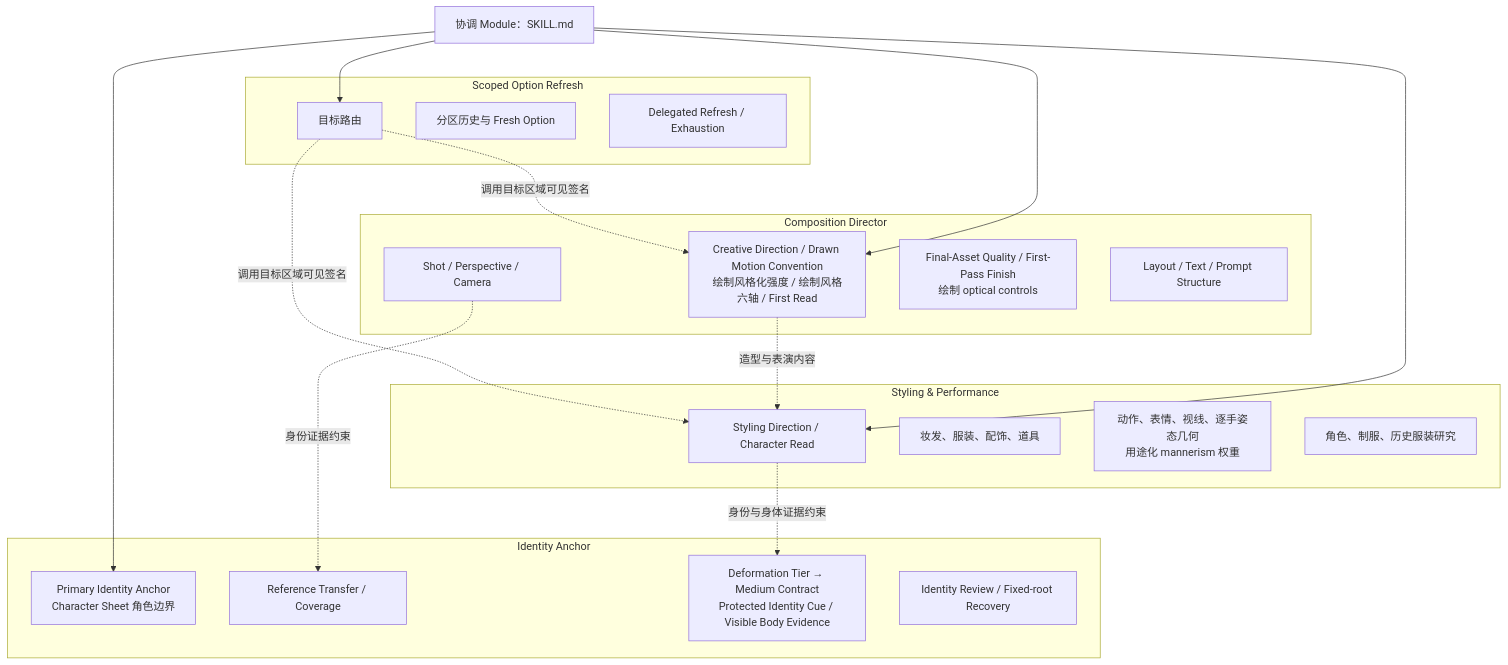
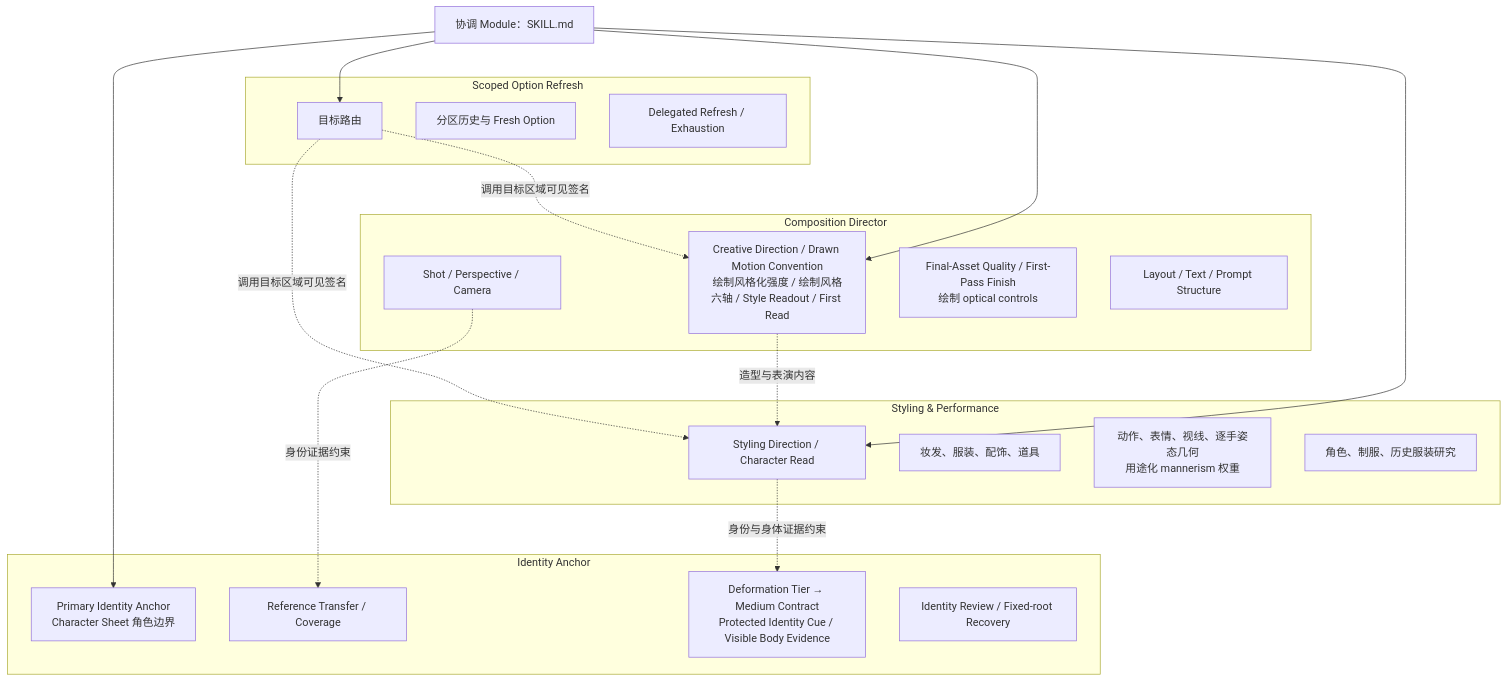
Before and after one commit to cyaoc/cast-me: the second of 13 diagrams in docs/architecture.md, drawn with Mermaid. The commit also changed other lines of this file and 3 other files, not shown here.

````diff
--- a/docs/architecture.md
+++ b/docs/architecture.md
@@ -64,41 +64,41 @@
 ```mermaid
 flowchart TB
     K["协调 Module：SKILL.md"]
 
     subgraph ID["Identity Anchor"]
         I1["Primary Identity Anchor<br/>Character Sheet 角色边界"]
         I2["Reference Transfer / Coverage"]
         I3["Deformation Tier → Medium Contract<br/>Protected Identity Cue / Visible Body Evidence"]
         I4["Identity Review / Fixed-root Recovery"]
     end
 
     subgraph COMP["Composition Director"]
-        C1["Creative Direction / Drawn Motion Convention<br/>绘制风格化强度 / 绘制风格六轴 / First Read"]
+        C1["Creative Direction / Drawn Motion Convention<br/>绘制风格化强度 / 绘制风格六轴 / Style Readout / First Read"]
         C2["Shot / Perspective / Camera"]
         C3["Final-Asset Quality / First-Pass Finish<br/>绘制 optical controls"]
         C4["Layout / Text / Prompt Structure"]
     end
 
     subgraph STYLE["Styling & Performance"]
         S1["Styling Direction / Character Read"]
         S2["妆发、服装、配饰、道具"]
         S3["动作、表情、视线、逐手姿态几何<br/>用途化 mannerism 权重"]
         S4["角色、制服、历史服装研究"]
     end
 
     subgraph REFRESH["Scoped Option Refresh"]
         R1["目标路由"]
         R2["分区历史与 Fresh Option"]
         R3["Delegated Refresh / Exhaustion"]
     end
 
     K --> I1
     K --> C1
     K --> S1
     K --> R1
     C2 -.身份证据约束.-> I2
     S1 -.身份与身体证据约束.-> I3
     C1 -.造型与表演内容.-> S1
     R1 -.调用目标区域可见签名.-> C1
     R1 -.调用目标区域可见签名.-> S1
 ```
````
